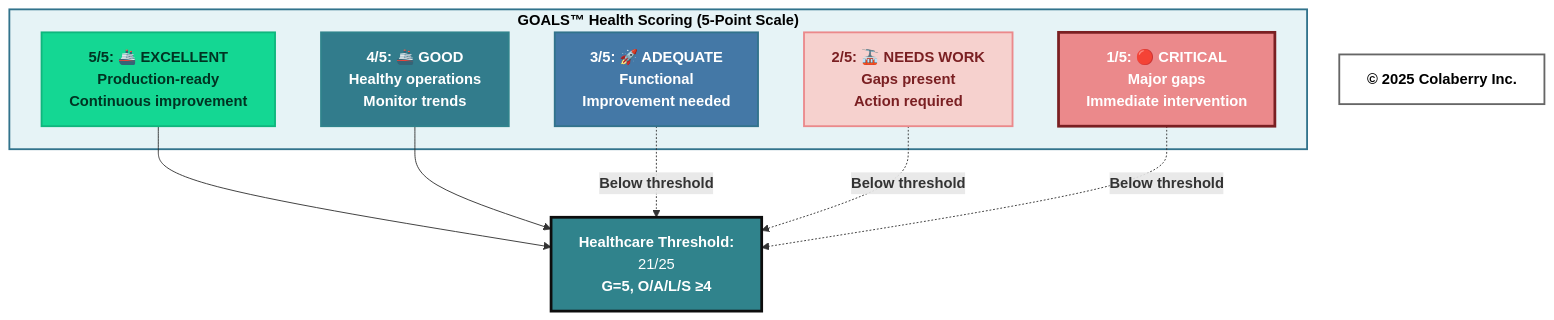
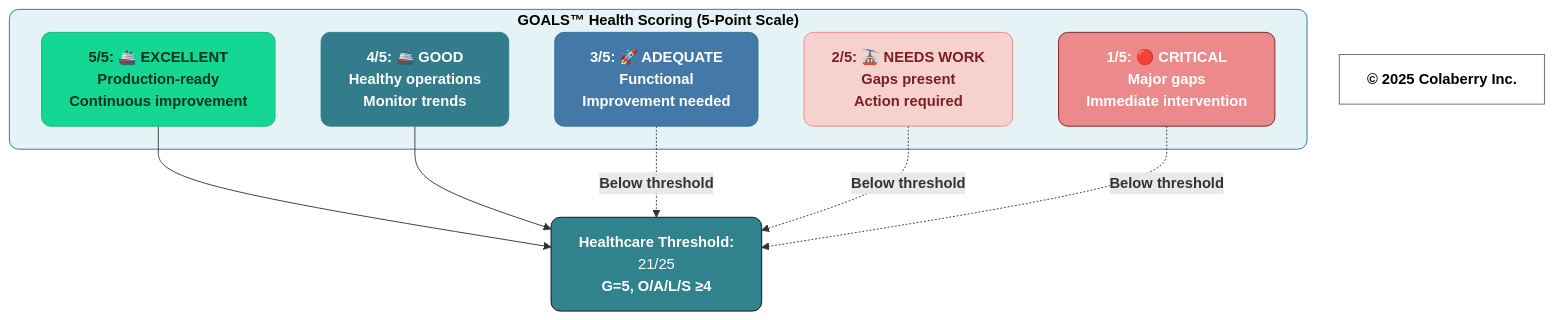
Diagram 14 of 14 in manuscript/08_chapter_7_goals_framework.md (colaberry/trust-before-intelligence-book), drawn with Mermaid before and after one commit. The commit also changed other lines of this file and 12 other files, not shown here.

````diff
--- a/manuscript/08_chapter_7_goals_framework.md
+++ b/manuscript/08_chapter_7_goals_framework.md
@@ -1790,31 +1790,31 @@
 ```mermaid
 graph TB
     subgraph SCORING["<b>GOALS™ Health Scoring (5-Point Scale)</b>"]
         EXCELLENT["<b>5/5: 🚢 EXCELLENT</b><br/><b>Production-ready</b><br/><b>Continuous improvement</b>"]
         GOOD["<b>4/5: 🚢 GOOD</b><br/><b>Healthy operations</b><br/><b>Monitor trends</b>"]
         ADEQUATE["<b>3/5: 🚀 ADEQUATE</b><br/><b>Functional</b><br/><b>Improvement needed</b>"]
         NEEDS["<b>2/5: 🚠 NEEDS WORK</b><br/><b>Gaps present</b><br/><b>Action required</b>"]
         CRITICAL["<b>1/5: 🔴 CRITICAL</b><br/><b>Major gaps</b><br/><b>Immediate intervention</b>"]
     end
     
     THRESHOLD["<b>Healthcare Threshold:</b><br/> 21/25</b><br/><b>G=5, O/A/L/S ≥4</b>"]
     
     EXCELLENT --> THRESHOLD
     GOOD --> THRESHOLD
     ADEQUATE -.->|<b>Below threshold</b>| THRESHOLD
     NEEDS -.->|<b>Below threshold</b>| THRESHOLD
     CRITICAL -.->|<b>Below threshold</b>| THRESHOLD
     
-    style SCORING fill:#E6F3F6,stroke:#32738C,stroke-width:2px,color:#000000
+    style SCORING fill:#E6F3F6,stroke:#32738C,stroke-width:1px,color:#000000,rx:10,ry:10
     
-    style EXCELLENT fill:#14D793,stroke:#0FB67D,stroke-width:2px,color:#003322
-    style GOOD fill:#327C8C,stroke:#30838C,stroke-width:2px,color:#ffffff
-    style ADEQUATE fill:#4478A6,stroke:#32738C,stroke-width:2px,color:#ffffff
-    style NEEDS fill:#F6D1CE,stroke:#EB898B,stroke-width:2px,color:#7A1F22
-    style CRITICAL fill:#EB898B,stroke:#7A1F22,stroke-width:3px,color:#ffffff
+    style EXCELLENT fill:#14D793,stroke:#0FB67D,stroke-width:1px,color:#003322,rx:10,ry:10
+    style GOOD fill:#327C8C,stroke:#30838C,stroke-width:1px,color:#ffffff,rx:10,ry:10
+    style ADEQUATE fill:#4478A6,stroke:#32738C,stroke-width:1px,color:#ffffff,rx:10,ry:10
+    style NEEDS fill:#F6D1CE,stroke:#EB898B,stroke-width:1px,color:#7A1F22,rx:10,ry:10
+    style CRITICAL fill:#EB898B,stroke:#7A1F22,stroke-width:1px,color:#ffffff,rx:10,ry:10
     
-    style THRESHOLD fill:#30838C,stroke:#0D0D0D,stroke-width:3px,color:#ffffff
+    style THRESHOLD fill:#30838C,stroke:#0D0D0D,stroke-width:1px,color:#ffffff,rx:10,ry:10
     
     Copyright["<b>© 2025 Colaberry Inc.</b>"]
-    style Copyright fill:#ffffff,stroke:#666666,stroke-width:2px,color:#000000
+    style Copyright fill:none,stroke:#666666,stroke-width:1px,color:#000000
 ```
````
